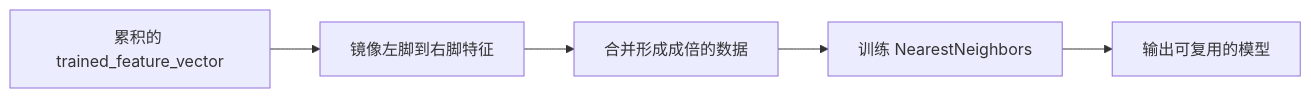
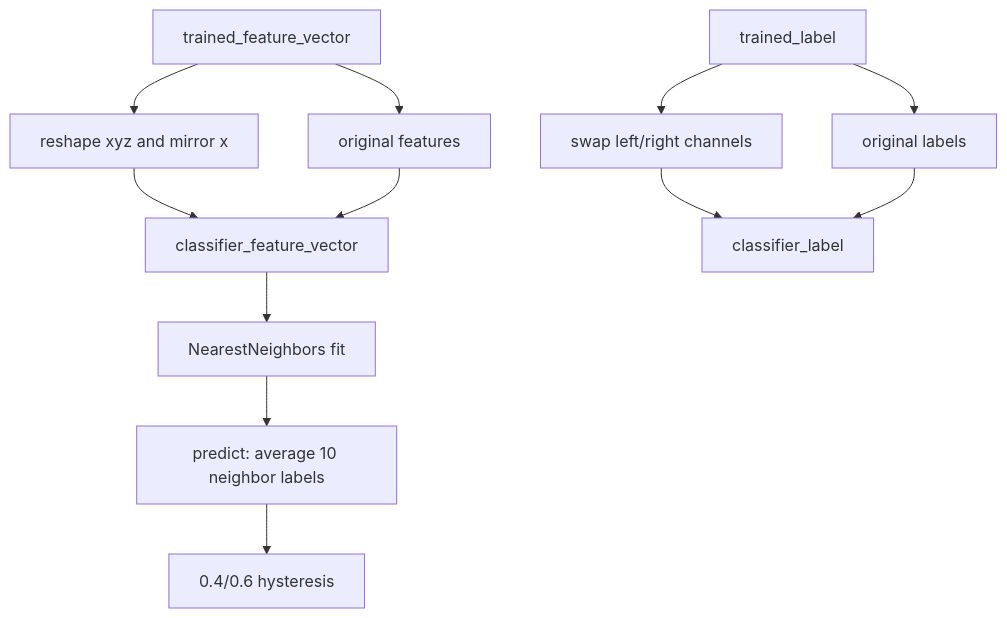
The seventh of 8 diagrams in docs/blog/AnimationPapers/knowing_when_to_put_your_foot_down/README.md (EvihGraphics/AnimationTech-HTC), drawn with Mermaid before and after one commit. The commit also changed other lines of this file and 6 other files, not shown here.

````diff
--- a/docs/blog/AnimationPapers/knowing_when_to_put_your_foot_down/README.md
+++ b/docs/blog/AnimationPapers/knowing_when_to_put_your_foot_down/README.md
@@ -167,7 +173,14 @@
 ```mermaid
-flowchart LR
-    A[累积的 trained_feature_vector] --> B[镜像左脚到右脚特征]
-    B --> C[合并形成成倍的数据]
-    C --> D[训练 NearestNeighbors]
-    D --> E[输出可复用的模型]
+flowchart TD
+    A[trained_feature_vector] --> B[reshape xyz and mirror x]
+    A --> C[original features]
+    B --> D[classifier_feature_vector]
+    C --> D
+    E[trained_label] --> F[swap left/right channels]
+    E --> G[original labels]
+    F --> H[classifier_label]
+    G --> H
+    D --> I[NearestNeighbors fit]
+    I --> J[predict: average 10 neighbor labels]
+    J --> K[0.4/0.6 hysteresis]
 ```
````
